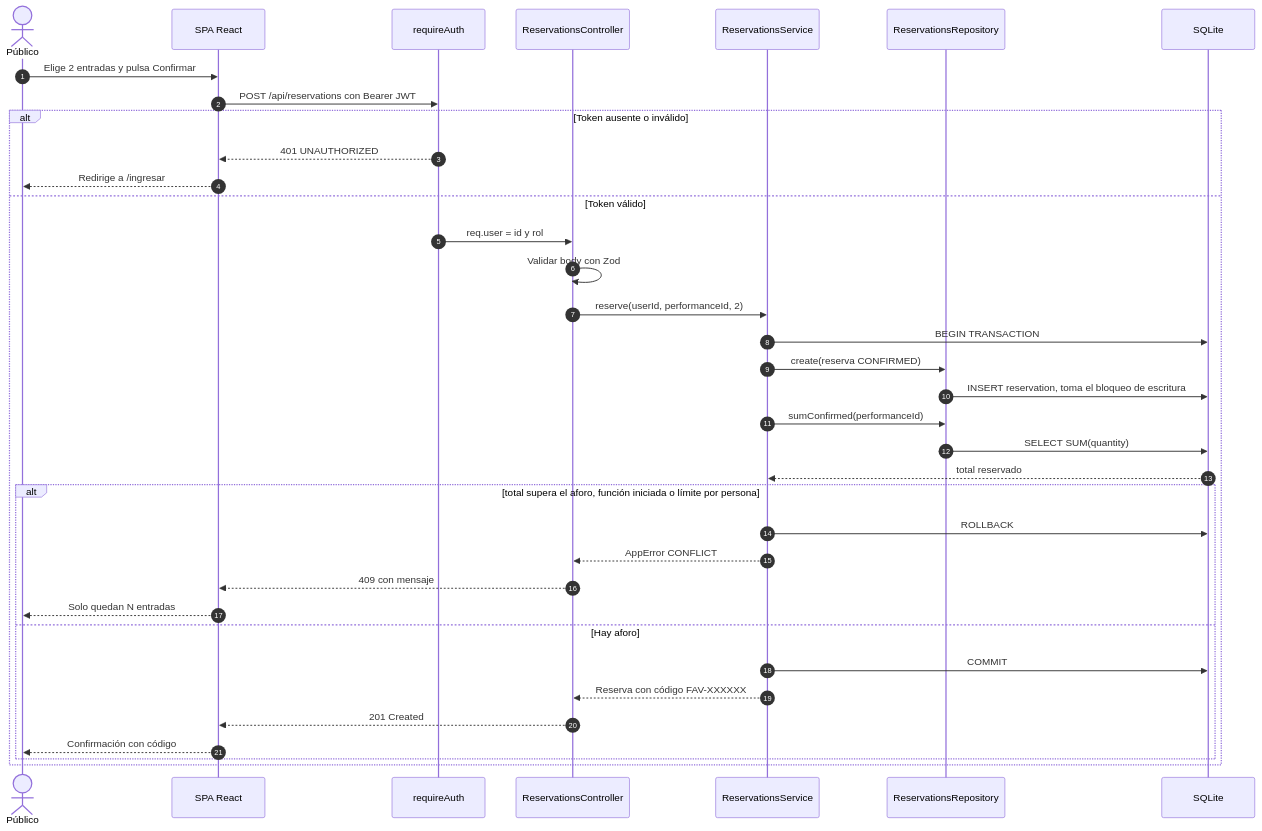
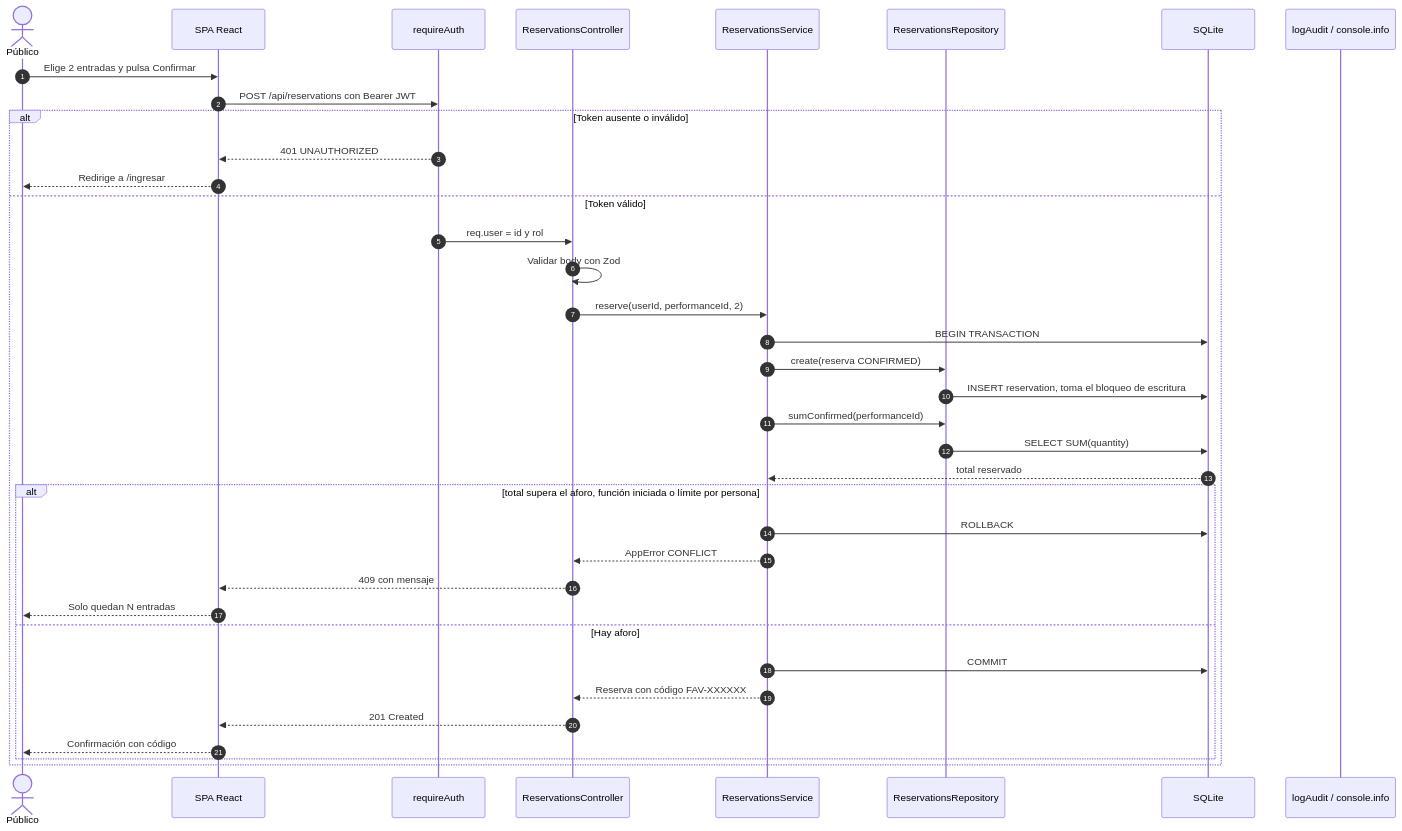
Before and after one commit to Camello15/festival-artes-vivas-loja: the second of 6 diagrams in docs/arquitectura/02-vista-procesos.md, drawn with Mermaid. The commit also changed other lines of this file and 4 other files, not shown here.

Commit message:
docs(architecture): actualizar vistas para reservas y administración (T034)

````diff
--- a/docs/arquitectura/02-vista-procesos.md
+++ b/docs/arquitectura/02-vista-procesos.md
@@ -54,39 +54,40 @@
 ```mermaid
 sequenceDiagram
     autonumber
     actor U as Público
     participant W as SPA React
     participant MW as requireAuth
     participant C as ReservationsController
     participant S as ReservationsService
     participant RP as ReservationsRepository
     participant DB as SQLite
+    participant L as logAudit / console.info
 
     U->>W: Elige 2 entradas y pulsa Confirmar
     W->>MW: POST /api/reservations con Bearer JWT
     alt Token ausente o inválido
         MW-->>W: 401 UNAUTHORIZED
         W-->>U: Redirige a /ingresar
     else Token válido
         MW->>C: req.user = id y rol
         C->>C: Validar body con Zod
         C->>S: reserve(userId, performanceId, 2)
         S->>DB: BEGIN TRANSACTION
         S->>RP: create(reserva CONFIRMED)
         RP->>DB: INSERT reservation, toma el bloqueo de escritura
         S->>RP: sumConfirmed(performanceId)
         RP->>DB: SELECT SUM(quantity)
         DB-->>S: total reservado
         alt total supera el aforo, función iniciada o límite por persona
             S->>DB: ROLLBACK
             S-->>C: AppError CONFLICT
             C-->>W: 409 con mensaje
             W-->>U: Solo quedan N entradas
         else Hay aforo
             S->>DB: COMMIT
             S-->>C: Reserva con código FAV-XXXXXX
             C-->>W: 201 Created
             W-->>U: Confirmación con código
         end
     end
 ```
````
